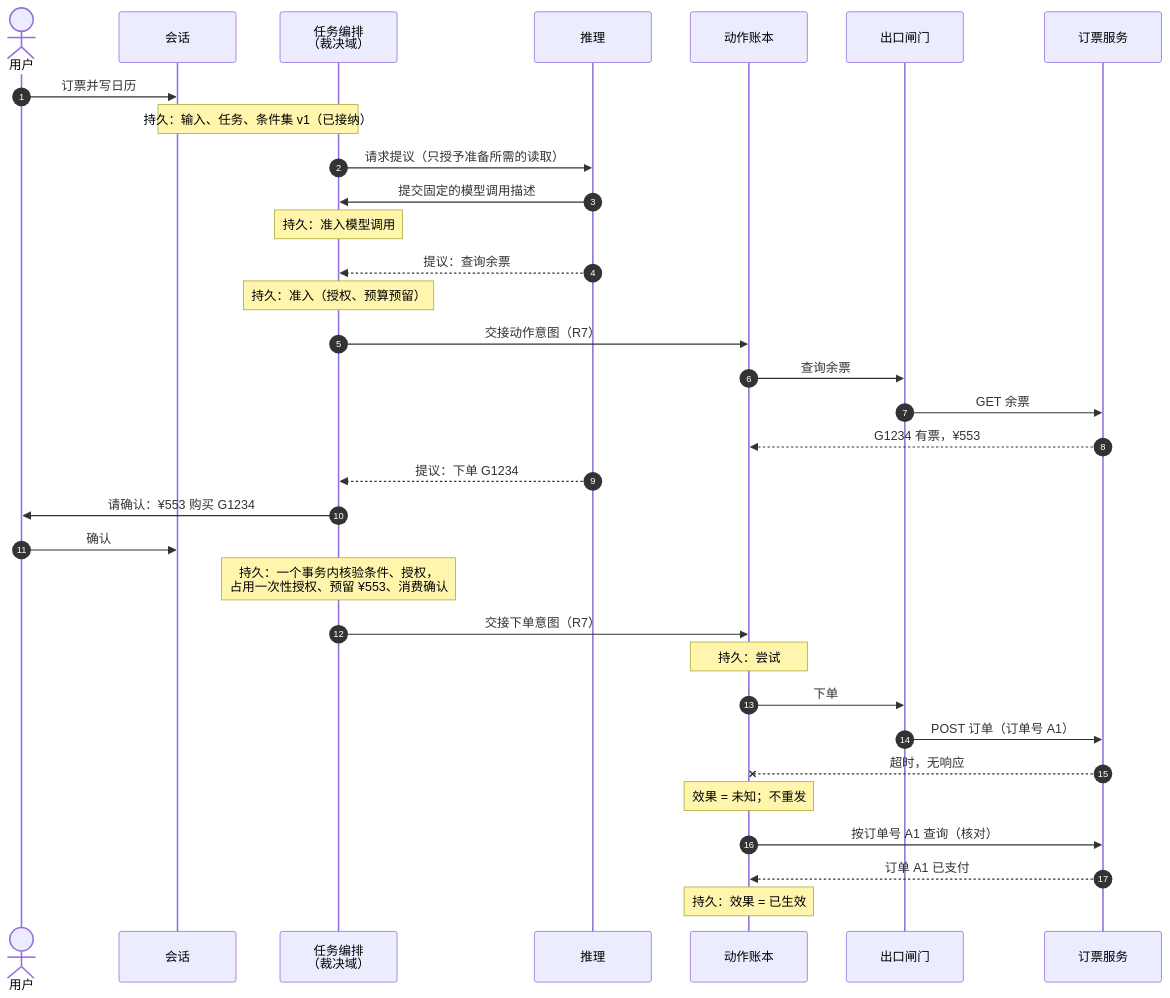
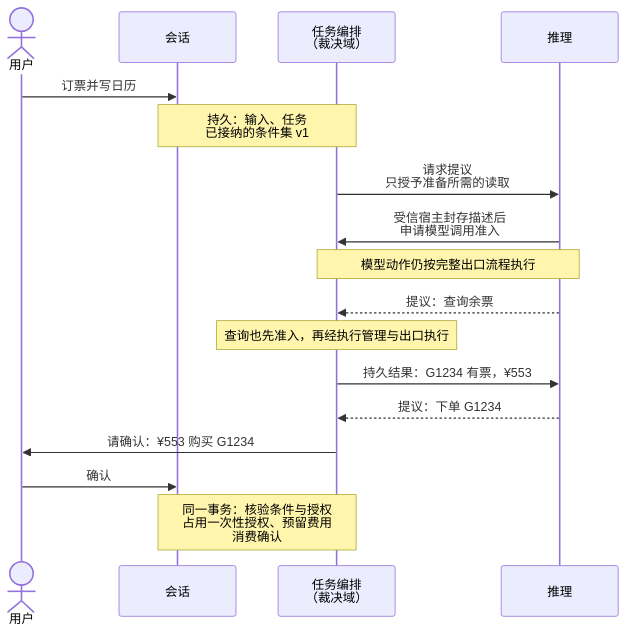
Before and after one commit to ruipengliu/lerna: the second of 6 diagrams in docs/architecture/overview.md, drawn with Mermaid. The commit also changed other lines of this file and 48 other files, not shown here.

Commit message:
docs: clarify architecture contracts and diagrams

````diff
--- a/docs/architecture/overview.md
+++ b/docs/architecture/overview.md
@@ -183,35 +154,19 @@
 ```mermaid
 sequenceDiagram
-    autonumber
     actor U as 用户
     participant S as 会话
     participant T as 任务编排<br/>（裁决域）
     participant R as 推理
-    participant L as 动作账本
-    participant E as 出口闸门
-    participant X as 订票服务
     U->>S: 订票并写日历
-    Note over S,T: 持久：输入、任务、条件集 v1（已接纳）
-    T->>R: 请求提议（只授予准备所需的读取）
-    R->>T: 提交固定的模型调用描述
-    Note over T: 持久：准入模型调用
+    Note over S,T: 持久：输入、任务<br/>已接纳的条件集 v1
+    T->>R: 请求提议<br/>只授予准备所需的读取
+    R->>T: 受信宿主封存描述后<br/>申请模型调用准入
+    Note over T,R: 模型动作仍按完整出口流程执行
     R-->>T: 提议：查询余票
-    Note over T: 持久：准入（授权、预算预留）
-    T->>L: 交接动作意图（R7）
-    L->>E: 查询余票
-    E->>X: GET 余票
-    X-->>L: G1234 有票，¥553
+    Note over T: 查询也先准入，再经执行管理与出口执行
+    T->>R: 持久结果：G1234 有票，¥553
     R-->>T: 提议：下单 G1234
     T->>U: 请确认：¥553 购买 G1234
     U->>S: 确认
-    Note over T: 持久：一个事务内核验条件、授权，<br/>占用一次性授权、预留 ¥553、消费确认
-    T->>L: 交接下单意图（R7）
-    Note over L: 持久：尝试 #1，"可能已发出"
-    L->>E: 下单
-    E->>X: POST 订单（订单号 A1）
-    X--xL: 超时，无响应
-    Note over L: 效果 = 未知；不重发
-    L->>X: 按订单号 A1 查询（核对）
-    X-->>L: 订单 A1 已支付
-    Note over L: 持久：效果 = 已生效
+    Note over S,T: 同一事务：核验条件与授权<br/>占用一次性授权、预留费用<br/>消费确认
 ```
````
